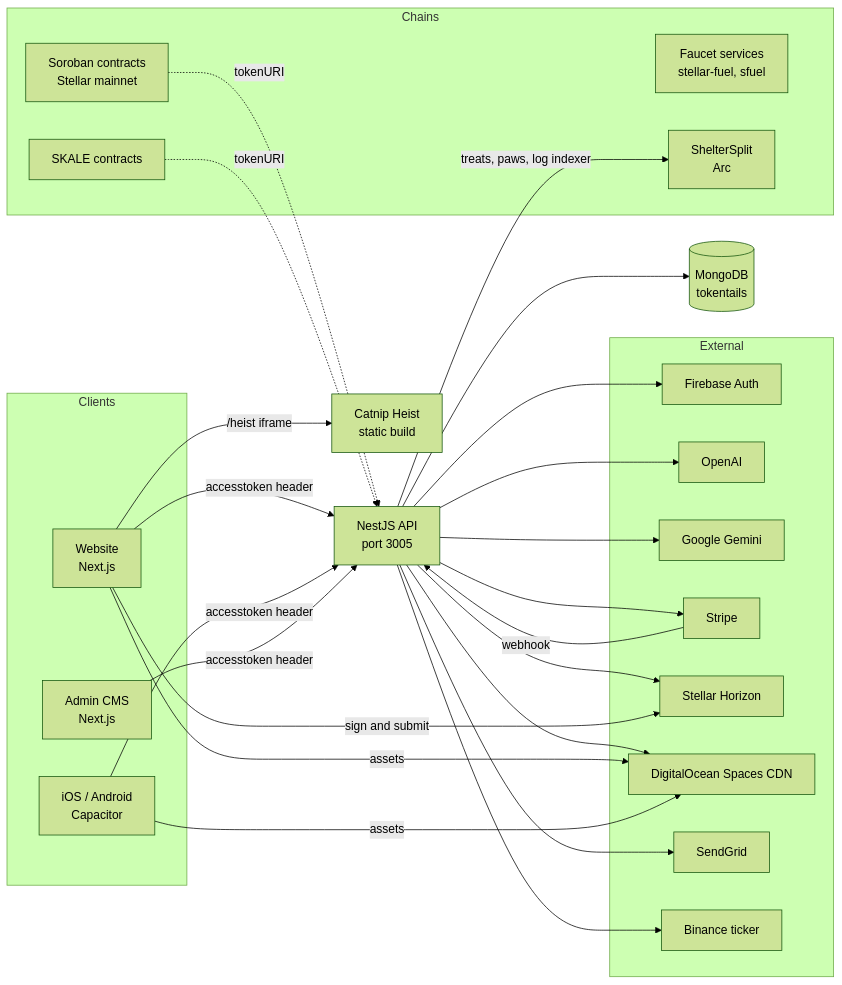
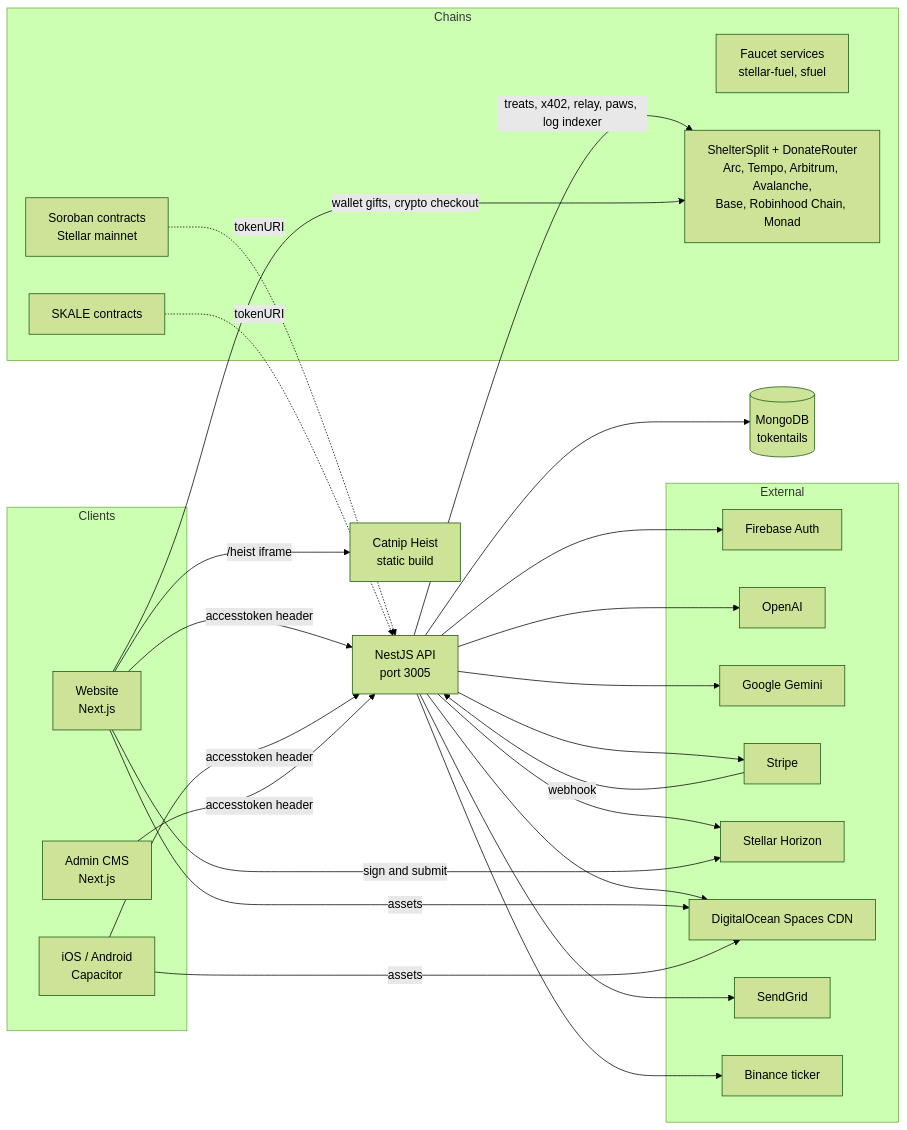
The diagram in docs/ARCHITECTURE.md (zbagdzevicius/tokentails), drawn with Mermaid (forest theme) before and after one commit. The commit also changed other lines of this file and 99 other files, not shown here.

Commit message:
docs: bring every document up to date (7 chains, one-line backend env, one-wallet mainnet plan, multi-chain giving)

````diff
--- a/docs/ARCHITECTURE.md
+++ b/docs/ARCHITECTURE.md
@@ -9,40 +9,41 @@
 ```mermaid
 flowchart LR
     subgraph Clients
         Web[Website<br/>Next.js]
         App[iOS / Android<br/>Capacitor]
         CMS[Admin CMS<br/>Next.js]
     end
 
     API[NestJS API<br/>port 3005]
     DB[(MongoDB<br/>tokentails)]
 
     subgraph External
         FB[Firebase Auth]
         OAI[OpenAI]
         GEM[Google Gemini]
         STR[Stripe]
         HOR[Stellar Horizon]
         SP[DigitalOcean Spaces CDN]
         SG[SendGrid]
         BIN[Binance ticker]
     end
 
     subgraph Chains
         SOR[Soroban contracts<br/>Stellar mainnet]
         SK[SKALE contracts]
         FUEL[Faucet services<br/>stellar-fuel, sfuel]
-        ARC[ShelterSplit<br/>Arc]
+        ARC[ShelterSplit + DonateRouter<br/>Arc, Tempo, Arbitrum, Avalanche,<br/>Base, Robinhood Chain, Monad]
     end
 
     Web & App & CMS -->|accesstoken header| API
     API --> DB
     API --> FB & OAI & GEM & STR & HOR & SP & SG & BIN
     STR -->|webhook| API
     Web -->|sign and submit| HOR
     SOR -.->|tokenURI| API
     SK -.->|tokenURI| API
     Web & App -->|assets| SP
-    API -->|treats, paws, log indexer| ARC
+    API -->|treats, x402, relay, paws, log indexer| ARC
+    Web -->|wallet gifts, crypto checkout| ARC
     Web -->|/heist iframe| HEIST[Catnip Heist<br/>static build]
 ```
````
